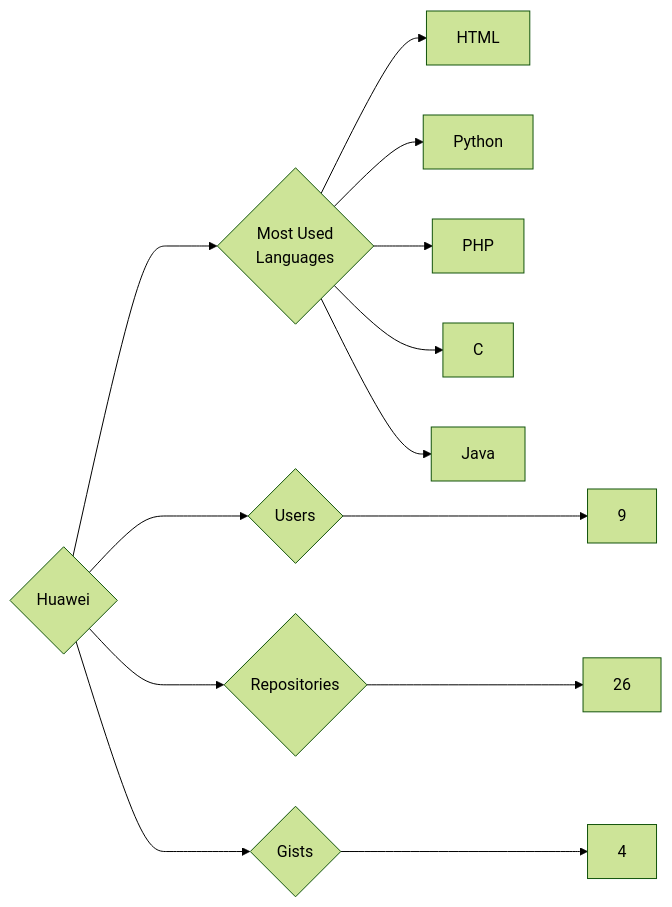
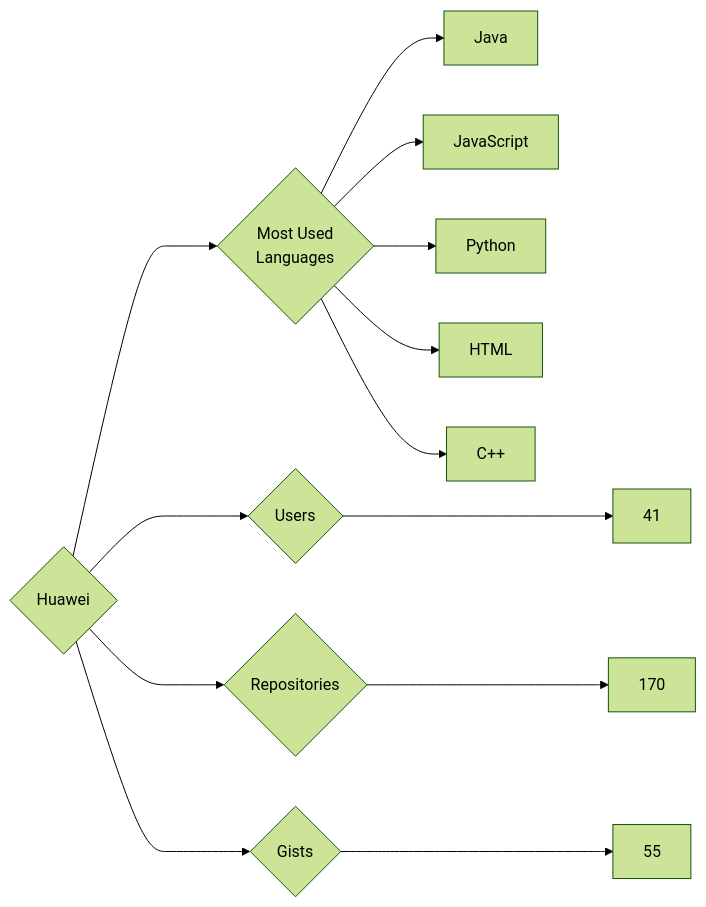
The diagram in targets/Huawei/README.md (trickest/insiders), drawn with Mermaid (forest theme) before and after one commit. The commit also changed 782 other files, not shown here.

````diff
--- a/targets/Huawei/README.md
+++ b/targets/Huawei/README.md
@@ -3,13 +3,13 @@
 ```mermaid
 graph LR
 COMPANY_NAME{Huawei}
-COMPANY_NAME ---> U{Users} ---> UN[9]
-COMPANY_NAME ---> R{Repositories} ---> RN[26]
-COMPANY_NAME ---> G{Gists} ---> GN[4]
+COMPANY_NAME ---> U{Users} ---> UN[41]
+COMPANY_NAME ---> R{Repositories} ---> RN[170]
+COMPANY_NAME ---> G{Gists} ---> GN[55]
 COMPANY_NAME ---> ML{Most Used<br>Languages}
+ML --> Java[Java]
+ML --> JavaScript[JavaScript]
+ML --> Python[Python]
 ML --> HTML[HTML]
-ML --> Python[Python]
-ML --> PHP[PHP]
-ML --> C[C]
-ML --> Java[Java]
+ML --> C++[C++]
 ```
````
